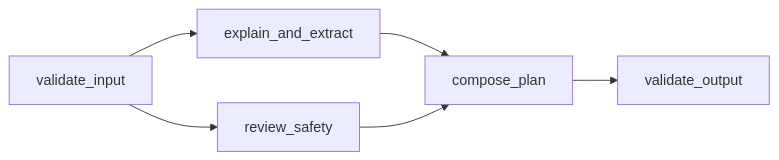
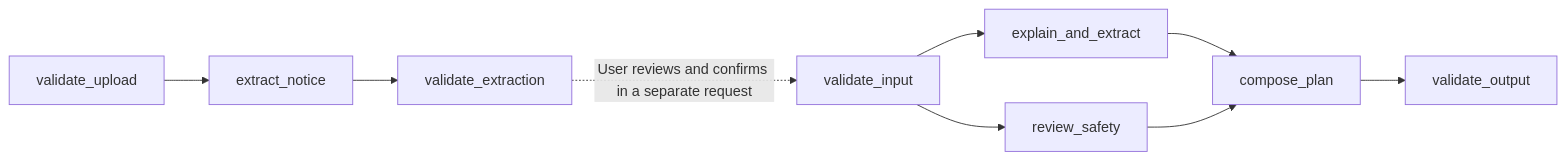
The diagram in README.md (deevyanshoo/promptwars-main), drawn with Mermaid before and after one commit. The commit also changed other lines of this file and 22 other files, not shown here.

````diff
--- a/README.md
+++ b/README.md
@@ -38,8 +22,10 @@
 ```mermaid
 flowchart LR
-  V[validate_input] --> E[explain_and_extract]
+  U[validate_upload] --> X[extract_notice] --> T[validate_extraction]
+  T -. User reviews and confirms in a separate request .-> V[validate_input]
+  V --> E[explain_and_extract]
   V --> S[review_safety]
   E --> C[compose_plan]
   S --> C
   C --> O[validate_output]
 ```
````
